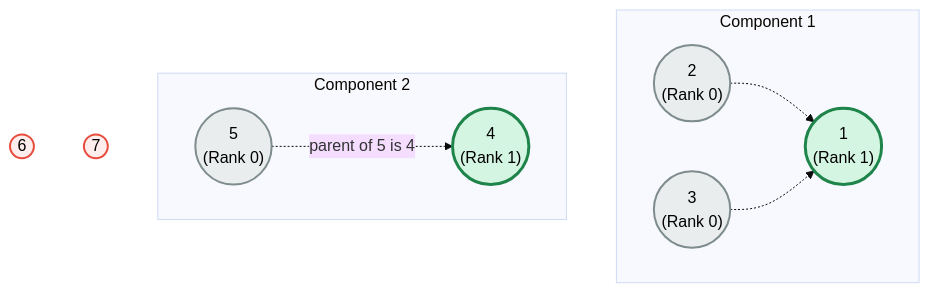
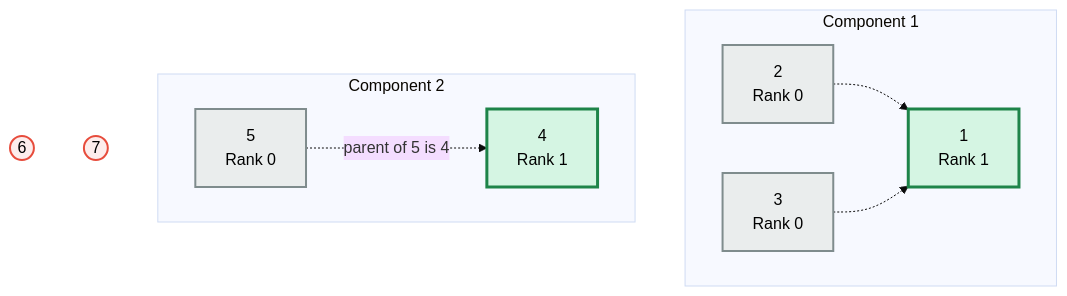
One commit to muntasir24/DSA_Practice changed diagram 14 of 36 in Graph/DSU_README.md. Above: the diagram before and after it, drawn with Mermaid (base theme). The commit also changed other lines of this file, not shown here.

````diff
--- a/Graph/DSU_README.md
+++ b/Graph/DSU_README.md
@@ -544,27 +544,27 @@
 ```mermaid
 graph TD
     subgraph Component_1 ["Component 1"]
-        1(("1<br>(Rank 1)")):::boss
-        2(("2<br>(Rank 0)")):::child
-        3(("3<br>(Rank 0)")):::child
+        1["1<br>Rank 1"]:::boss
+        2["2<br>Rank 0"]:::child
+        3["3<br>Rank 0"]:::child
         
         2 -.-> 1
         3 -.-> 1
     end
 
     subgraph Component_2 ["Component 2"]
-        4(("4<br>(Rank 1)")):::boss
-        5(("5<br>(Rank 0)")):::child
+        4["4<br>Rank 1"]:::boss
+        5["5<br>Rank 0"]:::child
         
         5 -. "parent of 5 is 4" .-> 4
     end
 
     %% Isolated Nodes
     6((6)):::alone
     7((7)):::alone
 
     %% Styling
     classDef boss fill:#D5F5E3,stroke:#1E8449,stroke-width:3px,color:#000000;
     classDef child fill:#EAEDED,stroke:#7F8C8D,stroke-width:2px,color:#000000;
     classDef alone fill:#FDEDEC,stroke:#E74C3C,stroke-width:2px,color:#000000;
 ```
````
